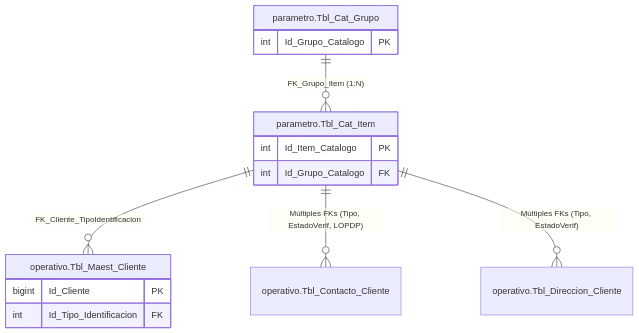
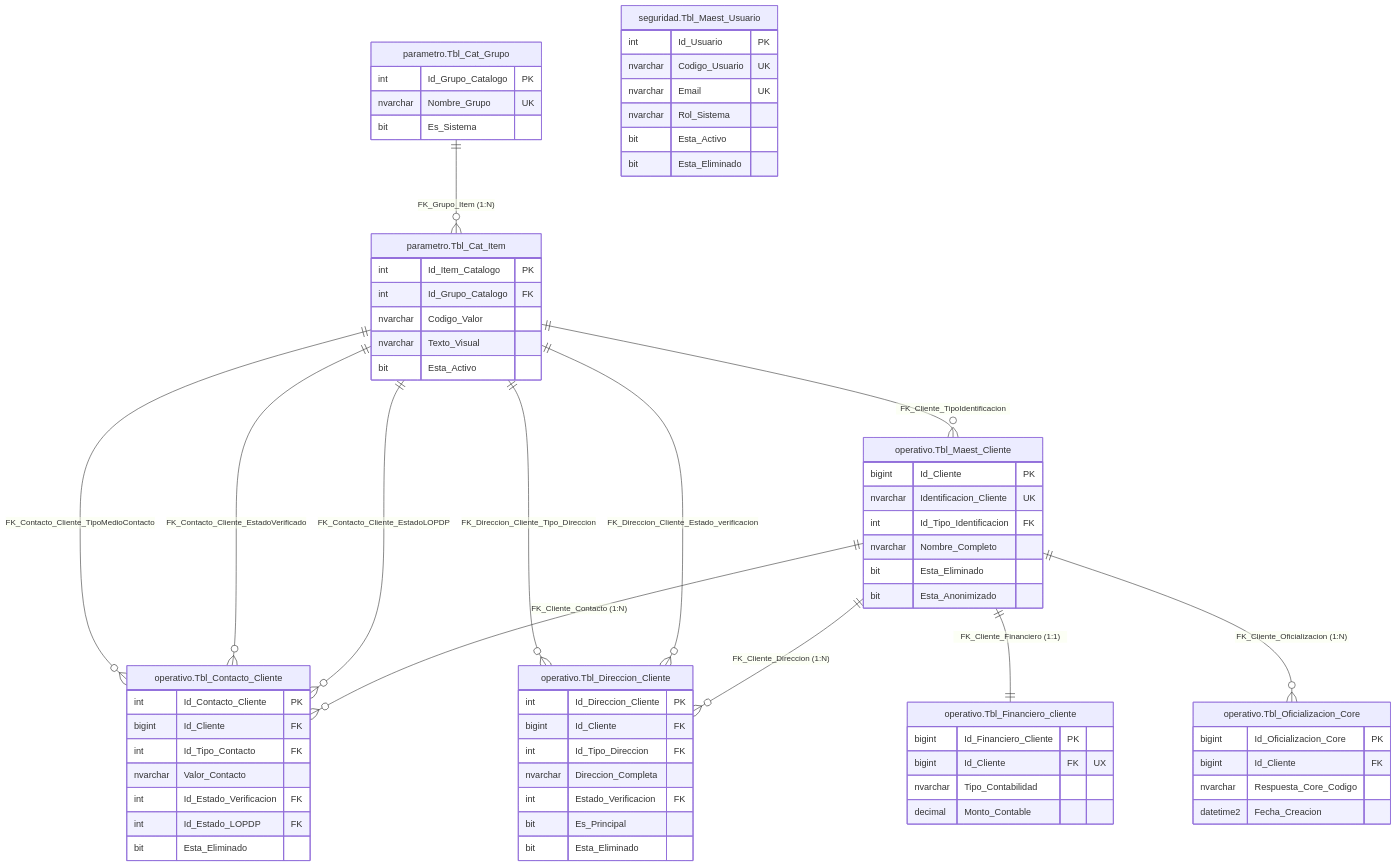
Before and after one commit to abeluzrivera/DSHCore_BQA_Desa: the diagram in docs/Tecnica/DB/Entidad_relacion_DSH.md, drawn with Mermaid. The commit also changed 1 other file, not shown here.

Commit message:
Enhance ERD documentation for DSH: Added detailed schema definitions and relationships for parametro, operativo, and seguridad tables, improving clarity and completeness of the entity-relationship model.

````diff
--- a/docs/Tecnica/DB/Entidad_relacion_DSH.md
+++ b/docs/Tecnica/DB/Entidad_relacion_DSH.md
@@ -5,19 +3,98 @@
 ```mermaid
 erDiagram
-    "parametro.Tbl_Cat_Grupo" ||--o{ "parametro.Tbl_Cat_Item" : "FK_Grupo_Item (1:N)"
-    "parametro.Tbl_Cat_Item" ||--o{ "operativo.Tbl_Maest_Cliente" : "FK_Cliente_TipoIdentificacion"
-    "parametro.Tbl_Cat_Item" ||--o{ "operativo.Tbl_Contacto_Cliente" : "Múltiples FKs (Tipo, EstadoVerif, LOPDP)"
-    "parametro.Tbl_Cat_Item" ||--o{ "operativo.Tbl_Direccion_Cliente" : "Múltiples FKs (Tipo, EstadoVerif)"
-
+    %% =======================================================
+    %% ESQUEMA: parametro
+    %% =======================================================
     "parametro.Tbl_Cat_Grupo" {
         int Id_Grupo_Catalogo PK
+        nvarchar Nombre_Grupo UK
+        bit Es_Sistema
     }
+
     "parametro.Tbl_Cat_Item" {
         int Id_Item_Catalogo PK
         int Id_Grupo_Catalogo FK
+        nvarchar Codigo_Valor
+        nvarchar Texto_Visual
+        bit Esta_Activo
     }
+
+    %% =======================================================
+    %% ESQUEMA: operativo
+    %% =======================================================
     "operativo.Tbl_Maest_Cliente" {
         bigint Id_Cliente PK
+        nvarchar Identificacion_Cliente UK
         int Id_Tipo_Identificacion FK
+        nvarchar Nombre_Completo
+        bit Esta_Eliminado
+        bit Esta_Anonimizado
     }
+
+    "operativo.Tbl_Contacto_Cliente" {
+        int Id_Contacto_Cliente PK
+        bigint Id_Cliente FK
+        int Id_Tipo_Contacto FK
+        nvarchar Valor_Contacto
+        int Id_Estado_Verificacion FK
+        int Id_Estado_LOPDP FK
+        bit Esta_Eliminado
+    }
+
+    "operativo.Tbl_Direccion_Cliente" {
+        int Id_Direccion_Cliente PK
+        bigint Id_Cliente FK
+        int Id_Tipo_Direccion FK
+        nvarchar Direccion_Completa
+        int Estado_Verificacion FK
+        bit Es_Principal
+        bit Esta_Eliminado
+    }
+
+    "operativo.Tbl_Financiero_cliente" {
+        bigint Id_Financiero_Cliente PK
+        bigint Id_Cliente FK "UX"
+        nvarchar Tipo_Contabilidad
+        decimal Monto_Contable
+    }
+
+    "operativo.Tbl_Oficializacion_Core" {
+        bigint Id_Oficializacion_Core PK
+        bigint Id_Cliente FK
+        nvarchar Respuesta_Core_Codigo
+        datetime2 Fecha_Creacion
+    }
+
+    %% =======================================================
+    %% ESQUEMA: seguridad
+    %% =======================================================
+    "seguridad.Tbl_Maest_Usuario" {
+        int Id_Usuario PK
+        nvarchar Codigo_Usuario UK
+        nvarchar Email UK
+        nvarchar Rol_Sistema
+        bit Esta_Activo
+        bit Esta_Eliminado
+    }
+
+    %% =======================================================
+    %% RELACIONES / DEPENDENCIAS (CONSTRAINTS)
+    %% =======================================================
+    
+    %% Relaciones Internas del Esquema Parametros
+    "parametro.Tbl_Cat_Grupo" ||--o{ "parametro.Tbl_Cat_Item" : "FK_Grupo_Item (1:N)"
+
+    %% Relaciones desde Parametros hacia el Core Operativo
+    "parametro.Tbl_Cat_Item" ||--o{ "operativo.Tbl_Maest_Cliente" : "FK_Cliente_TipoIdentificacion"
+    "parametro.Tbl_Cat_Item" ||--o{ "operativo.Tbl_Contacto_Cliente" : "FK_Contacto_Cliente_TipoMedioContacto"
+    "parametro.Tbl_Cat_Item" ||--o{ "operativo.Tbl_Contacto_Cliente" : "FK_Contacto_Cliente_EstadoVerificado"
+    "parametro.Tbl_Cat_Item" ||--o{ "operativo.Tbl_Contacto_Cliente" : "FK_Contacto_Cliente_EstadoLOPDP"
+    "parametro.Tbl_Cat_Item" ||--o{ "operativo.Tbl_Direccion_Cliente" : "FK_Direccion_Cliente_Tipo_Direccion"
+    "parametro.Tbl_Cat_Item" ||--o{ "operativo.Tbl_Direccion_Cliente" : "FK_Direccion_Cliente_Estado_verificacion"
+
+    %% Relaciones del Core Operativo (Maestro-Detalles del Cliente)
+    "operativo.Tbl_Maest_Cliente" ||--o{ "operativo.Tbl_Contacto_Cliente" : "FK_Cliente_Contacto (1:N)"
+    "operativo.Tbl_Maest_Cliente" ||--o{ "operativo.Tbl_Direccion_Cliente" : "FK_Cliente_Direccion (1:N)"
+    "operativo.Tbl_Maest_Cliente" ||--|| "operativo.Tbl_Financiero_cliente" : "FK_Cliente_Financiero (1:1)"
+    "operativo.Tbl_Maest_Cliente" ||--o{ "operativo.Tbl_Oficializacion_Core" : "FK_Cliente_Oficializacion (1:N)"
 ```
````
